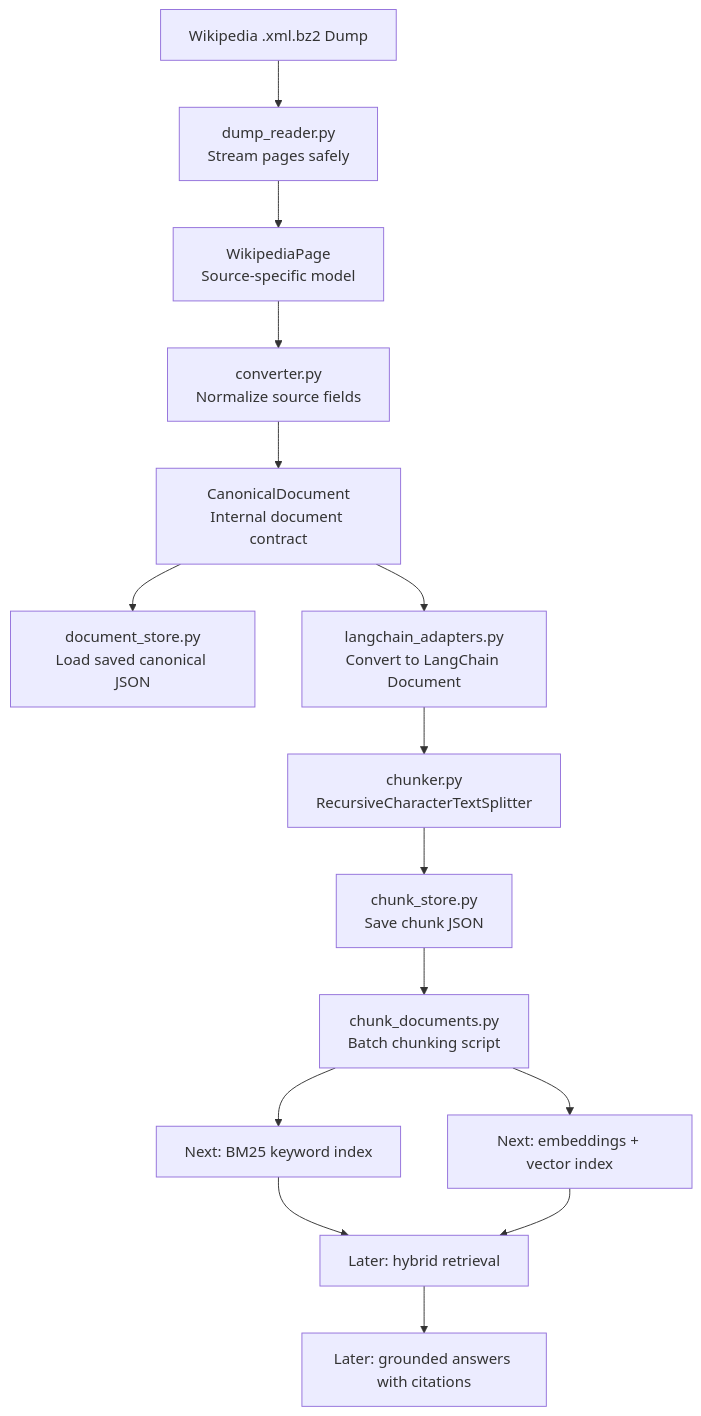
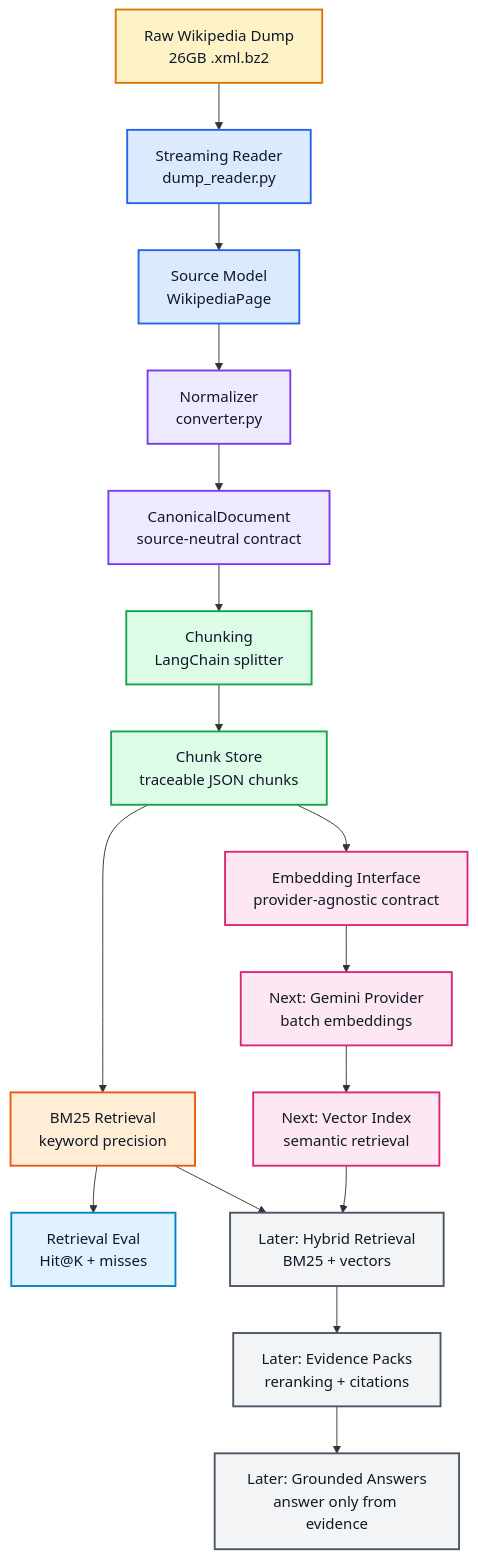
Before and after one commit to parasiitism/enterprise-rag-pipeline: the diagram in README.md, drawn with Mermaid. The commit also changed other lines of this file and 4 other files, not shown here.

Commit message:
Add embedding interface and update README

````diff
--- a/README.md
+++ b/README.md
@@ -76,17 +95,36 @@
 ```mermaid
 flowchart TD
-    A["Wikipedia .xml.bz2 Dump"] --> B["dump_reader.py<br/>Stream pages safely"]
-    B --> C["WikipediaPage<br/>Source-specific model"]
-    C --> D["converter.py<br/>Normalize source fields"]
-    D --> E["CanonicalDocument<br/>Internal document contract"]
-    E --> F["document_store.py<br/>Load saved canonical JSON"]
-    E --> G["langchain_adapters.py<br/>Convert to LangChain Document"]
-    G --> H["chunker.py<br/>RecursiveCharacterTextSplitter"]
-    H --> I["chunk_store.py<br/>Save chunk JSON"]
-    I --> J["chunk_documents.py<br/>Batch chunking script"]
-    J --> K["Next: BM25 keyword index"]
-    J --> L["Next: embeddings + vector index"]
-    K --> M["Later: hybrid retrieval"]
+    A["Raw Wikipedia Dump<br/>26GB .xml.bz2"] --> B["Streaming Reader<br/>dump_reader.py"]
+    B --> C["Source Model<br/>WikipediaPage"]
+    C --> D["Normalizer<br/>converter.py"]
+    D --> E["CanonicalDocument<br/>source-neutral contract"]
+    E --> F["Chunking<br/>LangChain splitter"]
+    F --> G["Chunk Store<br/>traceable JSON chunks"]
+    G --> H["BM25 Retrieval<br/>keyword precision"]
+    H --> I["Retrieval Eval<br/>Hit@K + misses"]
+    G --> J["Embedding Interface<br/>provider-agnostic contract"]
+    J --> K["Next: Gemini Provider<br/>batch embeddings"]
+    K --> L["Next: Vector Index<br/>semantic retrieval"]
+    H --> M["Later: Hybrid Retrieval<br/>BM25 + vectors"]
     L --> M
-    M --> N["Later: grounded answers with citations"]
+    M --> N["Later: Evidence Packs<br/>reranking + citations"]
+    N --> O["Later: Grounded Answers<br/>answer only from evidence"]
+
+    classDef raw fill:#FEF3C7,stroke:#D97706,color:#111827,stroke-width:2px;
+    classDef ingest fill:#DBEAFE,stroke:#2563EB,color:#111827,stroke-width:2px;
+    classDef normalize fill:#EDE9FE,stroke:#7C3AED,color:#111827,stroke-width:2px;
+    classDef chunk fill:#DCFCE7,stroke:#16A34A,color:#111827,stroke-width:2px;
+    classDef retrieval fill:#FFEDD5,stroke:#EA580C,color:#111827,stroke-width:2px;
+    classDef eval fill:#E0F2FE,stroke:#0284C7,color:#111827,stroke-width:2px;
+    classDef embed fill:#FCE7F3,stroke:#DB2777,color:#111827,stroke-width:2px;
+    classDef later fill:#F3F4F6,stroke:#4B5563,color:#111827,stroke-width:2px;
+
+    class A raw;
+    class B,C ingest;
+    class D,E normalize;
+    class F,G chunk;
+    class H retrieval;
+    class I eval;
+    class J,K,L embed;
+    class M,N,O later;
 ```
````
